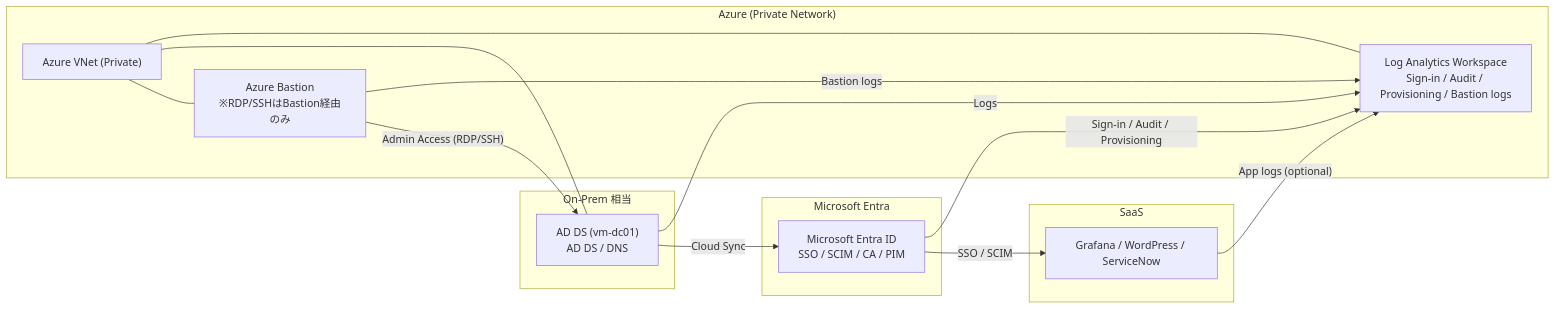
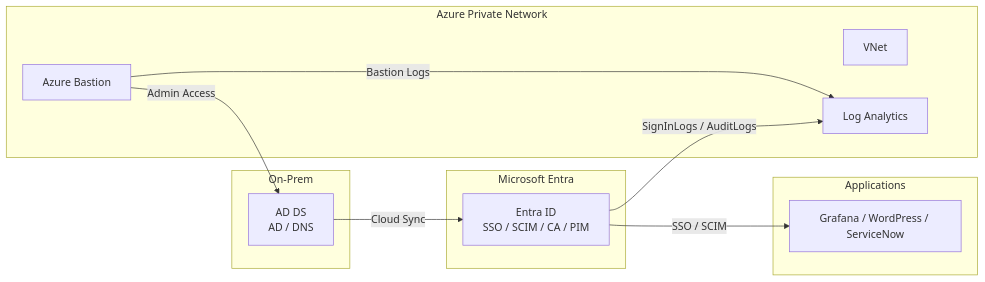
Before and after one commit to toku360/entra-id-lab: the diagram in README.md, drawn with Mermaid. The commit also changed other lines of this file and 58 other files, not shown here.

````diff
--- a/README.md
+++ b/README.md
@@ -32,42 +110,28 @@
 ```mermaid
 flowchart LR
 
-%% ===== Local / On-Prem (simulated) =====
-subgraph ONPREM["On-Prem 相当"]
-  AD["AD DS (vm-dc01)<br/>AD DS / DNS"]
+subgraph ONPREM["On-Prem"]
+AD["AD DS<br>AD / DNS"]
 end
 
-%% ===== Azure (Private) =====
-subgraph AZ["Azure (Private Network)"]
-  VNET["Azure VNet (Private)"]
-  BASTION["Azure Bastion<br/>※RDP/SSHはBastion経由のみ"]
-  LAW["Log Analytics Workspace<br/>Sign-in / Audit / Provisioning / Bastion logs"]
+subgraph AZURE["Azure Private Network"]
+VNET["VNet"]
+BASTION["Azure Bastion"]
+LAW["Log Analytics"]
 end
 
-%% ===== Entra =====
-subgraph ID["Microsoft Entra"]
-  ENTRA["Microsoft Entra ID<br/>SSO / SCIM / CA / PIM"]
+subgraph ENTRA["Microsoft Entra"]
+ID["Entra ID<br>SSO / SCIM / CA / PIM"]
 end
 
-%% ===== SaaS =====
-subgraph SAAS["SaaS"]
-  APPS["Grafana / WordPress / ServiceNow"]
+subgraph APPS["Applications"]
+APP["Grafana / WordPress / ServiceNow"]
 end
 
-%% ===== Flows =====
-AD -->|"Cloud Sync"| ENTRA
-BASTION -->|"Admin Access (RDP/SSH)"| AD
+AD -->|Cloud Sync| ID
+BASTION -->|Admin Access| AD
+ID -->|SSO / SCIM| APP
 
-ENTRA -->|"SSO / SCIM"| APPS
-
-AD -->|"Logs"| LAW
-ENTRA -->|"Sign-in / Audit / Provisioning"| LAW
-BASTION -->|"Bastion logs"| LAW
-APPS -->|"App logs (optional)"| LAW
-
-%% ===== Placement helpers (optional) =====
-VNET --- BASTION
-VNET --- AD
-VNET --- LAW
-
+ID -->|SignInLogs / AuditLogs| LAW
+BASTION -->|Bastion Logs| LAW
 ```
````
